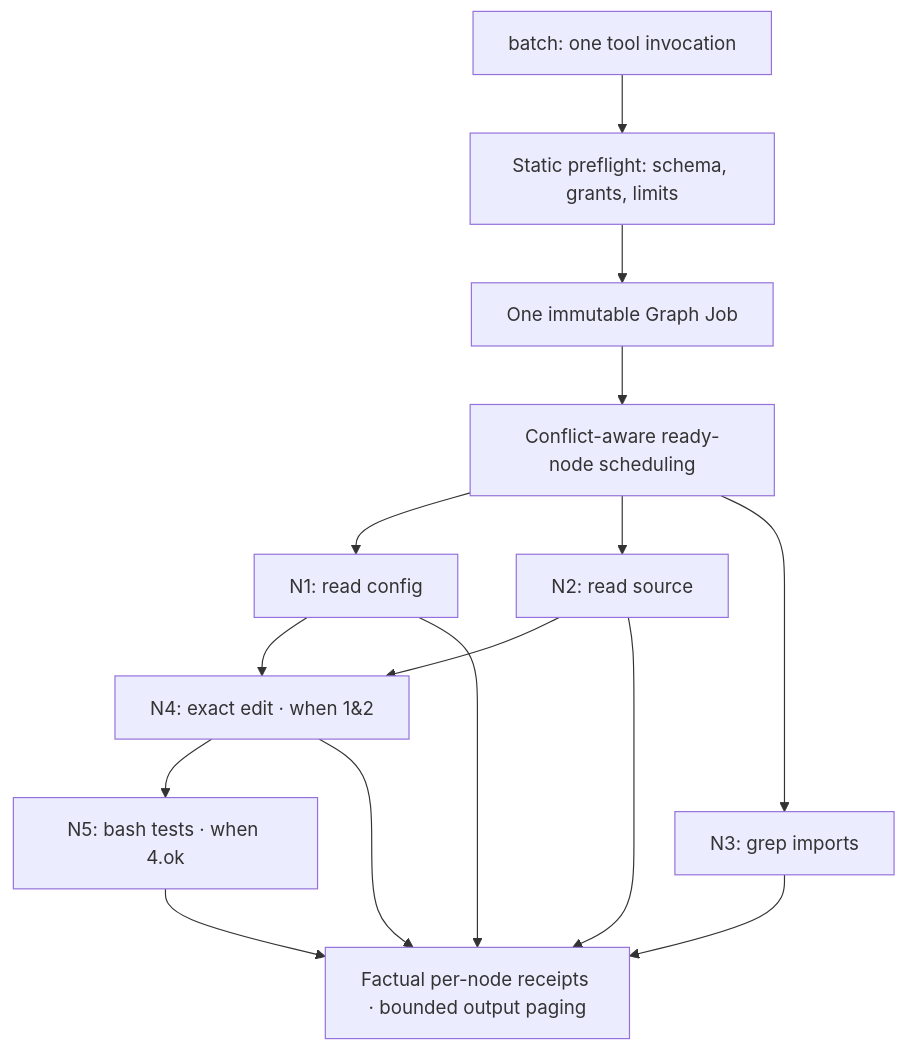
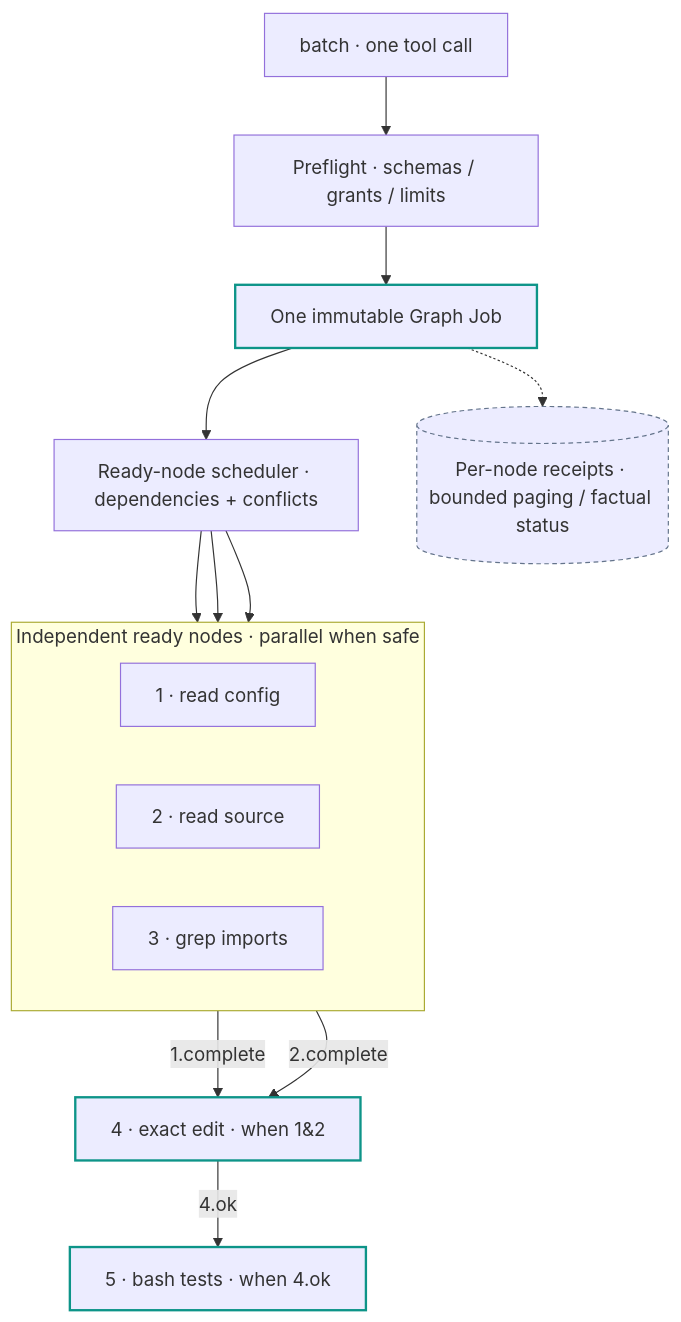
Before and after one commit to abird-ai/aw: the second of 2 diagrams in README.md, drawn with Mermaid. The commit also changed other lines of this file and 4 other files, not shown here.

Commit message:
Keep graph-native README diagrams in Mermaid only

````diff
--- a/README.md
+++ b/README.md
@@ -134,17 +136,27 @@
 ```mermaid
 flowchart TB
-    B["batch: one tool invocation"] --> P["Static preflight: schema, grants, limits"]
-    P --> G["One immutable Graph Job"]
-    G --> S["Conflict-aware ready-node scheduling"]
-    S --> N1["N1: read config"]
-    S --> N2["N2: read source"]
-    S --> N3["N3: grep imports"]
-    N1 --> E["N4: exact edit · when 1&2"]
-    N2 --> E
-    E --> T["N5: bash tests · when 4.ok"]
-    N1 --> R["Factual per-node receipts · bounded output paging"]
-    N2 --> R
-    N3 --> R
-    E --> R
-    T --> R
+    INPUT["batch · one tool call"] --> PRE["Preflight · schemas / grants / limits"]
+    PRE --> JOB["One immutable Graph Job"]
+    JOB --> SCHED["Ready-node scheduler · dependencies + conflicts"]
+
+    subgraph WAVE["Independent ready nodes · parallel when safe"]
+        direction LR
+        N1["1 · read config"]
+        N2["2 · read source"]
+        N3["3 · grep imports"]
+    end
+
+    SCHED --> N1
+    SCHED --> N2
+    SCHED --> N3
+    N1 -->|"1.complete"| N4["4 · exact edit · when 1&2"]
+    N2 -->|"2.complete"| N4
+    N4 -->|"4.ok"| N5["5 · bash tests · when 4.ok"]
+
+    JOB -.-> RECEIPTS[("Per-node receipts · bounded paging / factual status")]
+
+    classDef engine stroke:#0d9488,stroke-width:2px
+    classDef durable stroke:#64748b,stroke-dasharray:4 3
+    class JOB,N4,N5 engine
+    class RECEIPTS durable
 ```
````
